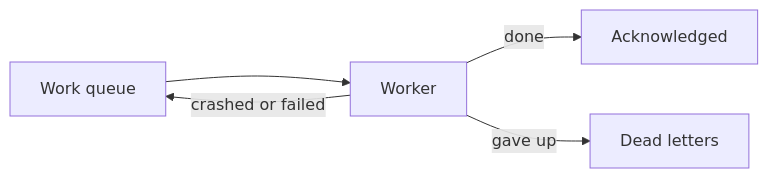
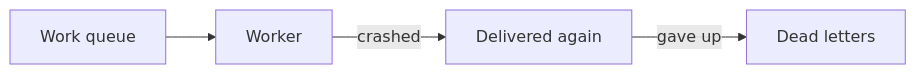
One commit to gitlabhq/orbit-knowledge-graph changed the second of 2 diagrams in docs/pages/engineering/architecture/indexing/resiliency.md. Above: the diagram before and after it, drawn with Mermaid. The commit also changed 8 other files, not shown here.

Commit message:
docs(testing): rewrite the end-to-end page and use banner diagrams

````diff
--- a/docs/pages/engineering/architecture/indexing/resiliency.md
+++ b/docs/pages/engineering/architecture/indexing/resiliency.md
@@ -31,7 +31,4 @@
 ```mermaid
 flowchart LR
-    Queue[Work queue] --> Worker
-    Worker -- done --> Ack[Acknowledged]
-    Worker -- crashed or failed --> Queue
-    Worker -- gave up --> Dead[Dead letters]
+    Queue[Work queue] --> Worker -- crashed --> Again[Delivered again] -- gave up --> Dead[Dead letters]
 ```
````
